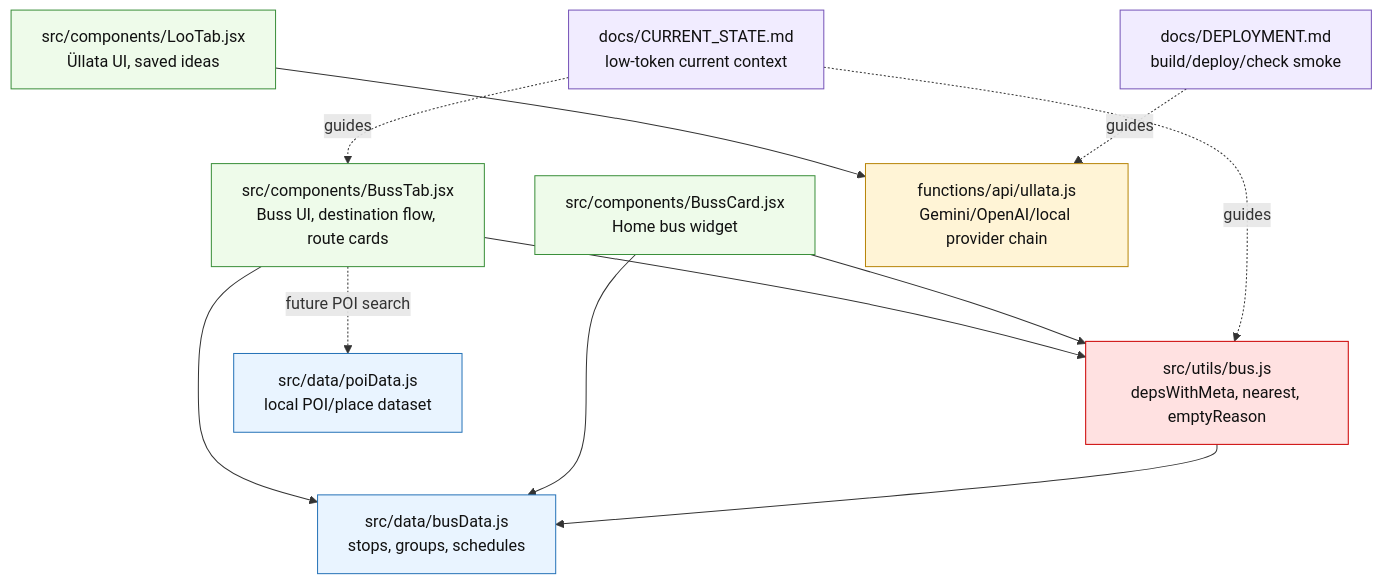
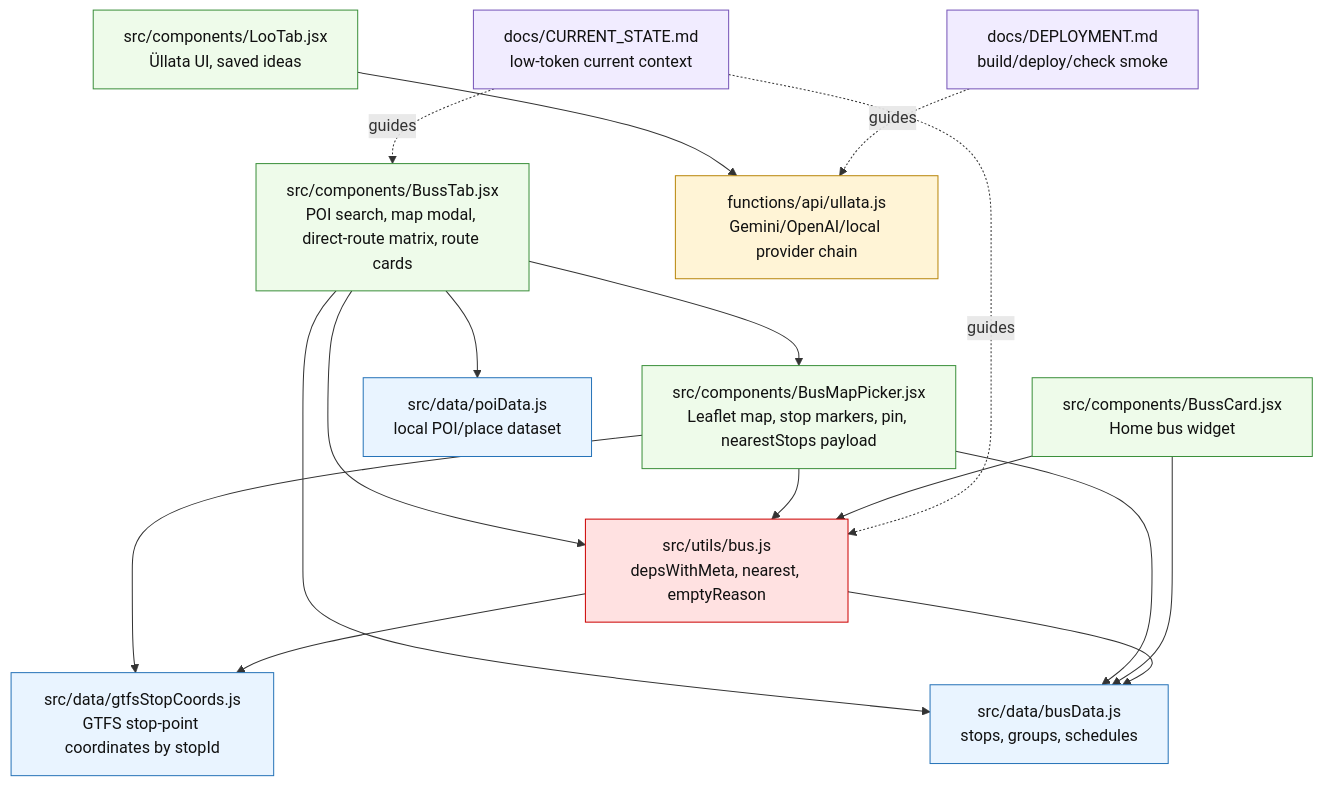
Before and after one commit to Fuuduuu/AnniVibez: the first of 2 diagrams in docs/CODEBASE_IMPACT_MAP.md, drawn with Mermaid. The commit also changed other lines of this file and 4 other files, not shown here.

````diff
--- a/docs/CODEBASE_IMPACT_MAP.md
+++ b/docs/CODEBASE_IMPACT_MAP.md
@@ -41,39 +47,48 @@
 ```mermaid
 flowchart TD
-    BussTab["src/components/BussTab.jsx<br/>Buss UI, destination flow, route cards"]
+    BussTab["src/components/BussTab.jsx<br/>POI search, map modal, direct-route matrix, route cards"]
+    BusMapPicker["src/components/BusMapPicker.jsx<br/>Leaflet map, stop markers, pin, nearestStops payload"]
     BussCard["src/components/BussCard.jsx<br/>Home bus widget"]
     BusUtils["src/utils/bus.js<br/>depsWithMeta, nearest, emptyReason"]
     BusData["src/data/busData.js<br/>stops, groups, schedules"]
+    GtfsCoords["src/data/gtfsStopCoords.js<br/>GTFS stop-point coordinates by stopId"]
     PoiData["src/data/poiData.js<br/>local POI/place dataset"]
     LooTab["src/components/LooTab.jsx<br/>Üllata UI, saved ideas"]
     Ullata["functions/api/ullata.js<br/>Gemini/OpenAI/local provider chain"]
     Deploy["docs/DEPLOYMENT.md<br/>build/deploy/check smoke"]
     State["docs/CURRENT_STATE.md<br/>low-token current context"]
 
     BussTab --> BusUtils
+    BussTab --> BusMapPicker
     BussTab --> BusData
-    BussTab -. future POI search .-> PoiData
+    BussTab --> PoiData
+    BusMapPicker --> BusUtils
+    BusMapPicker --> BusData
+    BusMapPicker --> GtfsCoords
+    BusUtils --> GtfsCoords
     BussCard --> BusUtils
     BussCard --> BusData
     BusUtils --> BusData
     LooTab --> Ullata
     State -. guides .-> BussTab
     State -. guides .-> BusUtils
     Deploy -. guides .-> Ullata
 
     classDef highRisk fill:#ffe1e1,stroke:#cc0000,color:#111;
     classDef data fill:#e9f4ff,stroke:#2673b8,color:#111;
     classDef ui fill:#eefbea,stroke:#3b8f3b,color:#111;
     classDef api fill:#fff4d6,stroke:#b8860b,color:#111;
     classDef docs fill:#f1ecff,stroke:#7654b8,color:#111;
 
     class BusUtils highRisk;
     class BusData data;
+    class GtfsCoords data;
     class PoiData data;
     class BussTab ui;
+    class BusMapPicker ui;
     class BussCard ui;
     class LooTab ui;
     class Ullata api;
     class Deploy docs;
     class State docs;
 ```
````
